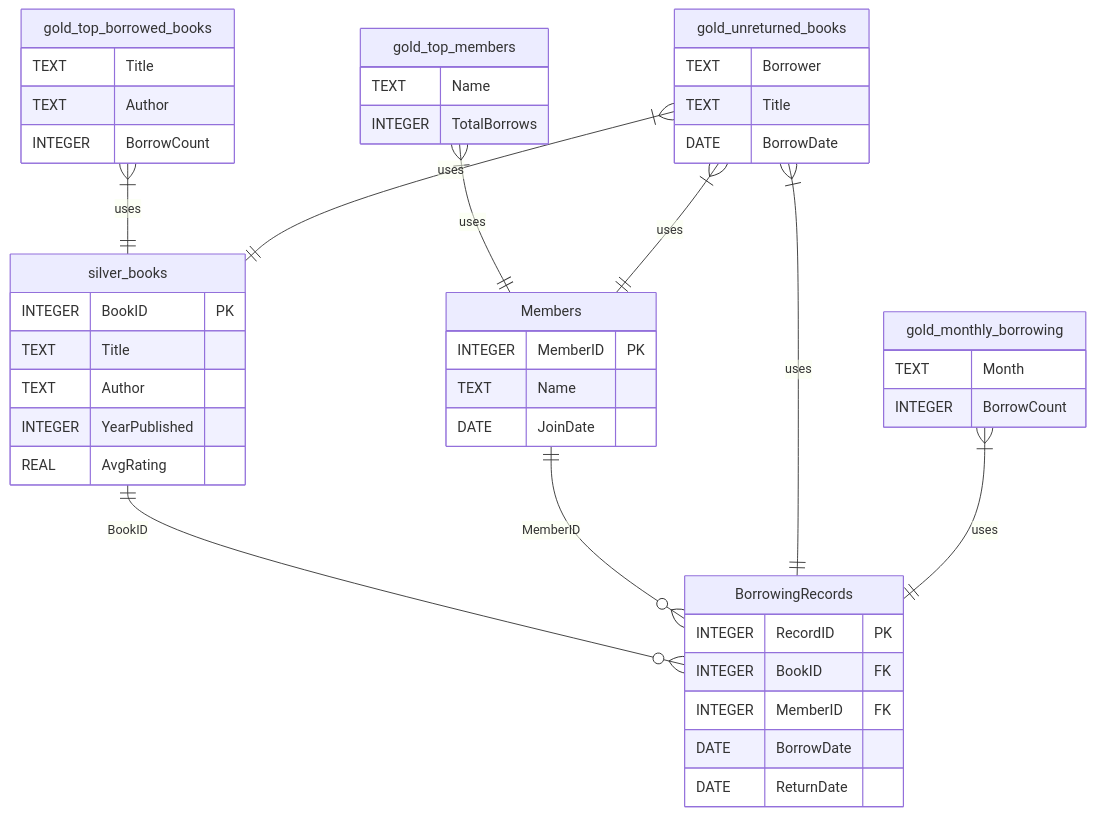
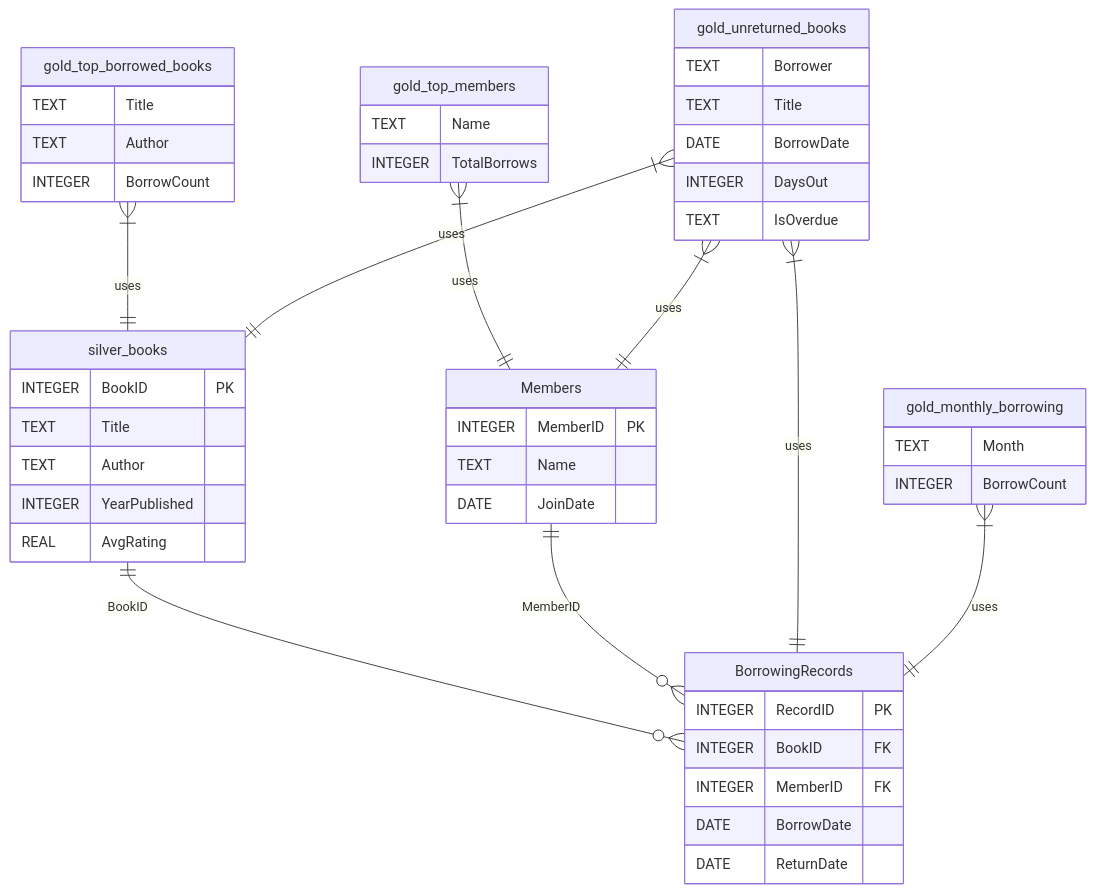
The diagram in README.md (Anishrkhadka/BookBase), drawn with Mermaid before and after one commit. The commit also changed other lines of this file, not shown here.

````diff
--- a/README.md
+++ b/README.md
@@ -52,56 +52,58 @@
 ```mermaid
 erDiagram
     silver_books ||--o{ BorrowingRecords : "BookID"
     Members ||--o{ BorrowingRecords : "MemberID"
 
     gold_top_borrowed_books }|--|| silver_books : "uses"
     gold_top_members }|--|| Members : "uses"
     gold_unreturned_books }|--|| BorrowingRecords : "uses"
     gold_unreturned_books }|--|| Members : "uses"
     gold_unreturned_books }|--|| silver_books : "uses"
     gold_monthly_borrowing }|--|| BorrowingRecords : "uses"
 
     silver_books {
         INTEGER BookID PK
         TEXT Title
         TEXT Author
         INTEGER YearPublished
         REAL AvgRating
     }
 
     Members {
         INTEGER MemberID PK
         TEXT Name
         DATE JoinDate
     }
 
     BorrowingRecords {
         INTEGER RecordID PK
         INTEGER BookID FK
         INTEGER MemberID FK
         DATE BorrowDate
         DATE ReturnDate
     }
 
     gold_top_borrowed_books {
         TEXT Title
         TEXT Author
         INTEGER BorrowCount
     }
 
     gold_top_members {
         TEXT Name
         INTEGER TotalBorrows
     }
 
     gold_unreturned_books {
         TEXT Borrower
         TEXT Title
         DATE BorrowDate
+        INTEGER DaysOut
+        TEXT IsOverdue
     }
 
     gold_monthly_borrowing {
         TEXT Month
         INTEGER BorrowCount
     }
 ```
````
